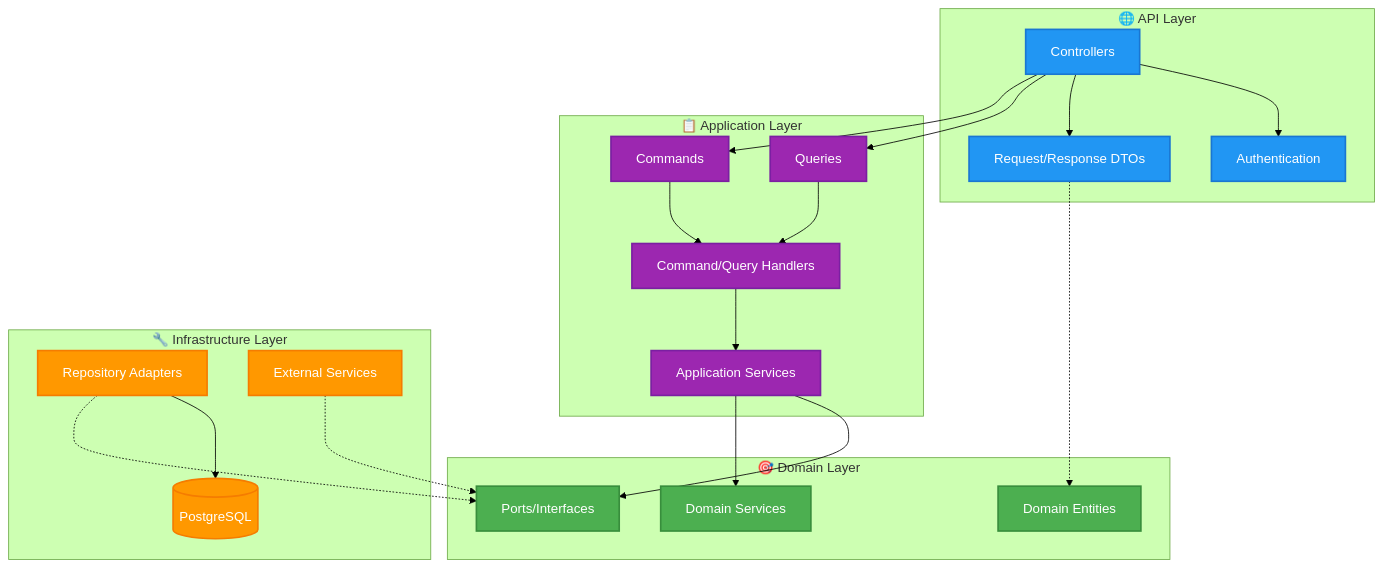
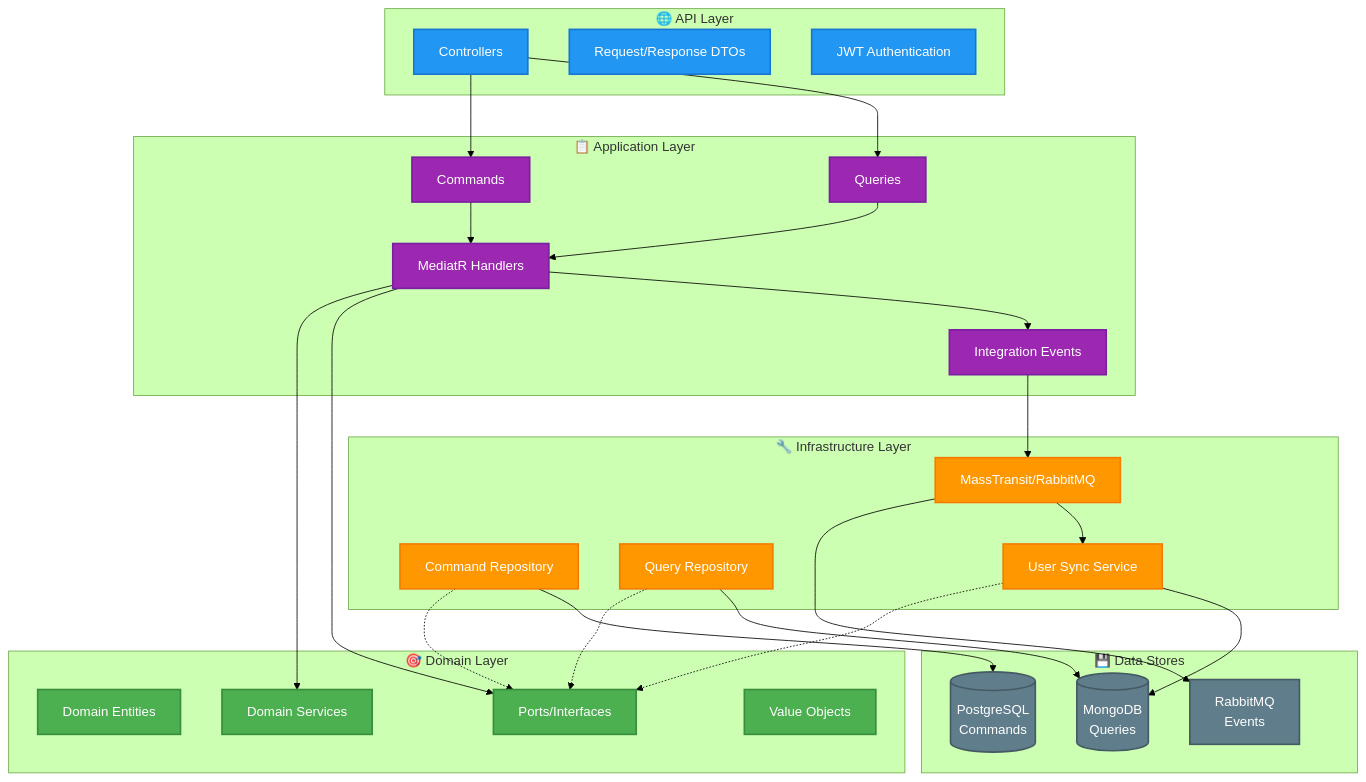
The second of 3 diagrams in README.md (asanabrial/.net-api-hexagonal-skeleton), drawn with Mermaid (forest theme) before and after one commit. The commit also changed other lines of this file, not shown here.

````diff
--- a/README.md
+++ b/README.md
@@ -49,58 +173,74 @@
 ```mermaid
 graph TB
     subgraph "🌐 API Layer"
         Controllers[Controllers]
         DTOs[Request/Response DTOs]
-        Auth[Authentication]
+        Auth[JWT Authentication]
     end
 
     subgraph "📋 Application Layer"
         Commands[Commands]
         Queries[Queries]
-        Handlers[Command/Query Handlers]
-        AppServices[Application Services]
+        Handlers[MediatR Handlers]
+        IntEvents[Integration Events]
     end
 
     subgraph "🎯 Domain Layer"
         Entities[Domain Entities]
         DomainServices[Domain Services]
         Ports[Ports/Interfaces]
+        ValueObjects[Value Objects]
     end
 
     subgraph "🔧 Infrastructure Layer"
-        Repositories[Repository Adapters]
-        Database[(PostgreSQL)]
-        ExternalServices[External Services]
+        WriteRepo[Command Repository]
+        ReadRepo[Query Repository]
+        EventSync[User Sync Service]
+        MessageBus[MassTransit/RabbitMQ]
     end
 
-    %% Clean flow following dependency inversion
+    subgraph "💾 Data Stores"
+        PostgreSQL[(PostgreSQL<br/>Commands)]
+        MongoDB[(MongoDB<br/>Queries)]
+        RabbitMQ[RabbitMQ<br/>Events]
+    end
+
+    %% API to Application flow
     Controllers --> Commands
     Controllers --> Queries
-    Controllers --> DTOs
-    Controllers --> Auth
-
     Commands --> Handlers
     Queries --> Handlers
-    Handlers --> AppServices
-    AppServices --> DomainServices
-    AppServices --> Ports
 
-    %% Infrastructure implements domain ports (dependency inversion)
-    Repositories -.-> Ports
-    ExternalServices -.-> Ports
-    Repositories --> Database
+    %% Application to Domain
+    Handlers --> DomainServices
+    Handlers --> Ports
+    Handlers --> IntEvents
 
-    %% DTOs map to/from domain entities (not direct dependency)
-    DTOs -.-> Entities
+    %% Infrastructure implements ports
+    WriteRepo -.-> Ports
+    ReadRepo -.-> Ports
+    EventSync -.-> Ports
 
-    %% Styling with professional colors
+    %% Data persistence
+    WriteRepo --> PostgreSQL
+    ReadRepo --> MongoDB
+    MessageBus --> RabbitMQ
+
+    %% Event-driven sync
+    IntEvents --> MessageBus
+    MessageBus --> EventSync
+    EventSync --> MongoDB
+
+    %% Styling
     classDef apiLayer fill:#2196F3,stroke:#1976D2,stroke-width:2px,color:#fff
     classDef appLayer fill:#9C27B0,stroke:#7B1FA2,stroke-width:2px,color:#fff
     classDef domainLayer fill:#4CAF50,stroke:#388E3C,stroke-width:2px,color:#fff
     classDef infraLayer fill:#FF9800,stroke:#F57C00,stroke-width:2px,color:#fff
+    classDef dataLayer fill:#607D8B,stroke:#455A64,stroke-width:2px,color:#fff
 
     class Controllers,DTOs,Auth apiLayer
-    class Commands,Queries,Handlers,AppServices appLayer
-    class Entities,DomainServices,Ports domainLayer
-    class Repositories,Database,ExternalServices infraLayer
+    class Commands,Queries,Handlers,IntEvents appLayer
+    class Entities,DomainServices,Ports,ValueObjects domainLayer
+    class WriteRepo,ReadRepo,EventSync,MessageBus infraLayer
+    class PostgreSQL,MongoDB,RabbitMQ dataLayer
 ```
````
